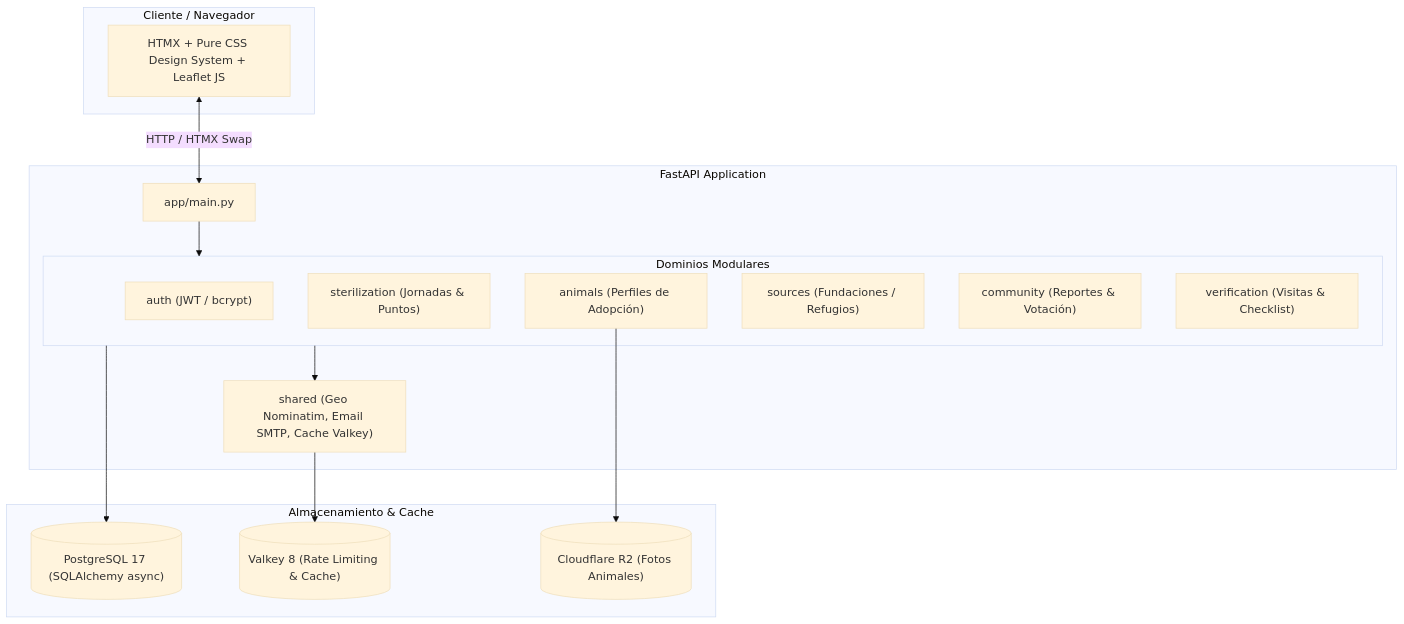
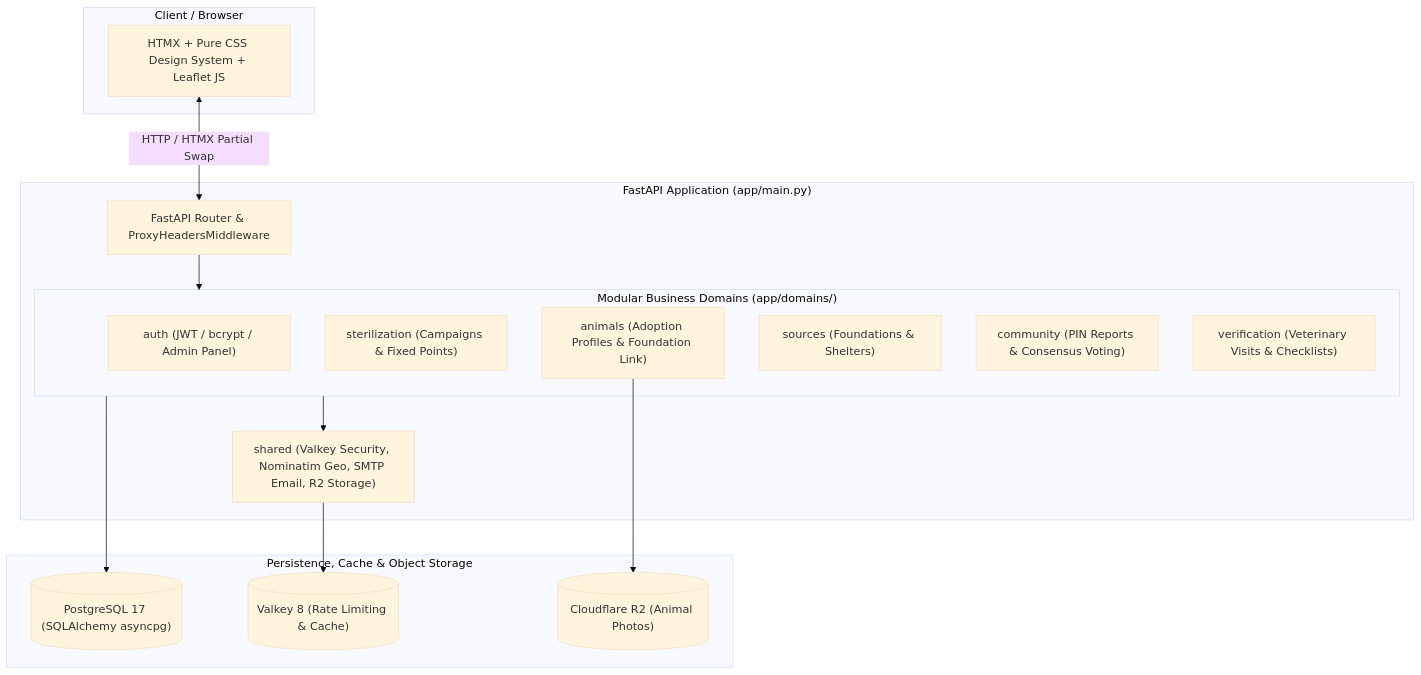
One commit to Developmi/sos-animales changed the diagram in README.md. Above: the diagram before and after it, drawn with Mermaid (base theme). The commit also changed other lines of this file and 7 other files, not shown here.

````diff
--- a/README.md
+++ b/README.md
@@ -27,34 +194,34 @@
 ```mermaid
 flowchart TD
-    subgraph Client["Cliente / Navegador"]
+    subgraph Client["Client / Browser"]
         UI["HTMX + Pure CSS Design System + Leaflet JS"]
     end
 
-    subgraph AppServer["FastAPI Application"]
-        Main["app/main.py"]
-        
-        subgraph Domains["Dominios Modulares"]
-            Auth["auth (JWT / bcrypt)"]
-            Sterilization["sterilization (Jornadas & Puntos)"]
-            Animals["animals (Perfiles de Adopción)"]
-            Sources["sources (Fundaciones / Refugios)"]
-            Community["community (Reportes & Votación)"]
-            Verification["verification (Visitas & Checklist)"]
+    subgraph AppServer["FastAPI Application (app/main.py)"]
+        Main["FastAPI Router & ProxyHeadersMiddleware"]
+
+        subgraph Domains["Modular Business Domains (app/domains/)"]
+            Auth["auth (JWT / bcrypt / Admin Panel)"]
+            Sterilization["sterilization (Campaigns & Fixed Points)"]
+            Animals["animals (Adoption Profiles & Foundation Link)"]
+            Sources["sources (Foundations & Shelters)"]
+            Community["community (PIN Reports & Consensus Voting)"]
+            Verification["verification (Veterinary Visits & Checklists)"]
         end
-        
-        Shared["shared (Geo Nominatim, Email SMTP, Cache Valkey)"]
+
+        Shared["shared (Valkey Security, Nominatim Geo, SMTP Email, R2 Storage)"]
     end
 
-    subgraph DataStorage["Almacenamiento & Cache"]
-        PG[("PostgreSQL 17 (SQLAlchemy async)")]
+    subgraph DataStorage["Persistence, Cache & Object Storage"]
+        PG[("PostgreSQL 17 (SQLAlchemy asyncpg)")]
         VK[("Valkey 8 (Rate Limiting & Cache)")]
-        R2[("Cloudflare R2 (Fotos Animales)")]
+        R2[("Cloudflare R2 (Animal Photos)")]
     end
 
-    UI <-->|HTTP / HTMX Swap| Main
+    UI <-->|HTTP / HTMX Partial Swap| Main
     Main --> Domains
     Domains --> Shared
     Domains --> PG
     Shared --> VK
     Animals --> R2
 ```
````
